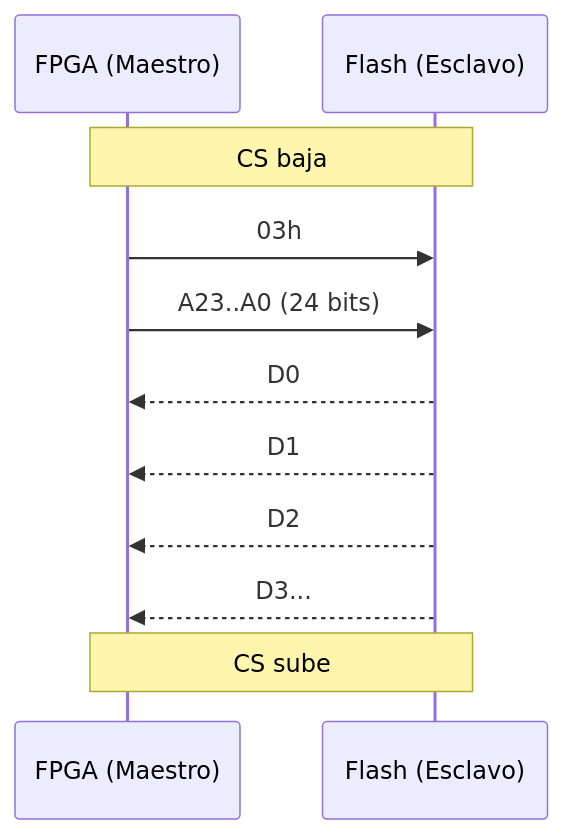
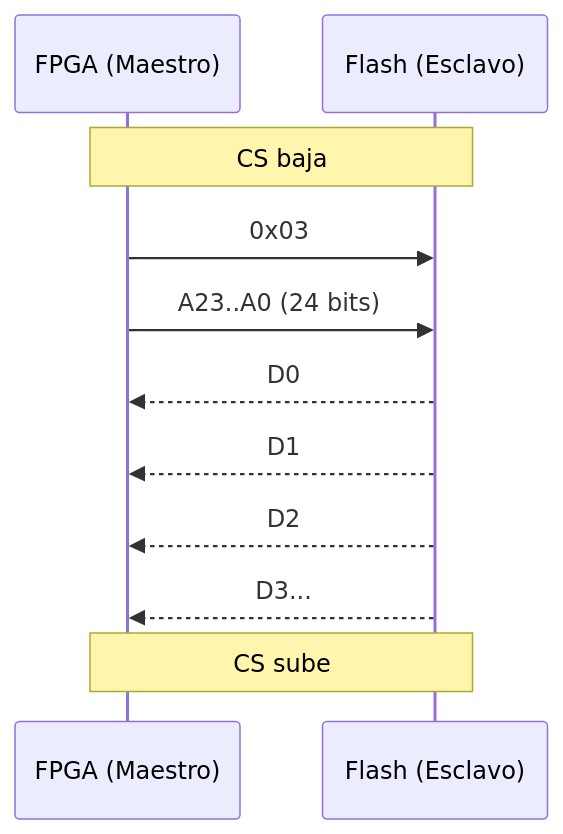
The first of 2 diagrams in README.md (KUBIX2026/spi_flash_ctrl), drawn with Mermaid before and after one commit.

````diff
--- a/README.md
+++ b/README.md
@@ -153,14 +153,14 @@
 ```mermaid
 sequenceDiagram
     participant FPGA as FPGA (Maestro)
     participant FLASH as Flash (Esclavo)
 
     Note over FPGA,FLASH: CS baja
-    FPGA->>FLASH: 03h
+    FPGA->>FLASH: 0x03
     FPGA->>FLASH: A23..A0 (24 bits)
     FLASH-->>FPGA: D0
     FLASH-->>FPGA: D1
     FLASH-->>FPGA: D2
     FLASH-->>FPGA: D3...
     Note over FPGA,FLASH: CS sube
 ```
````
